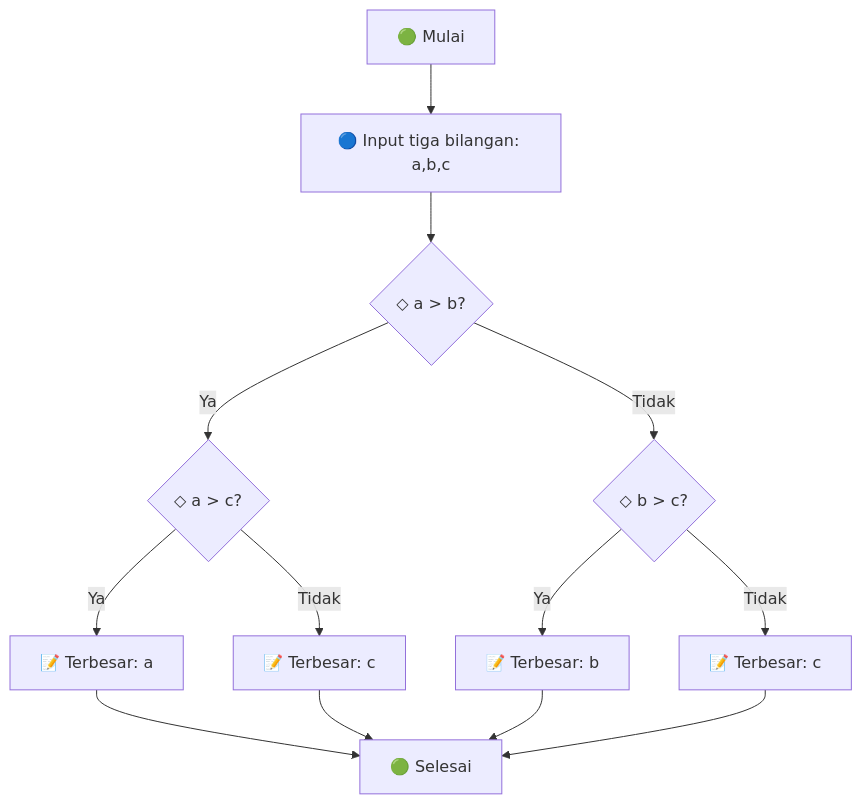
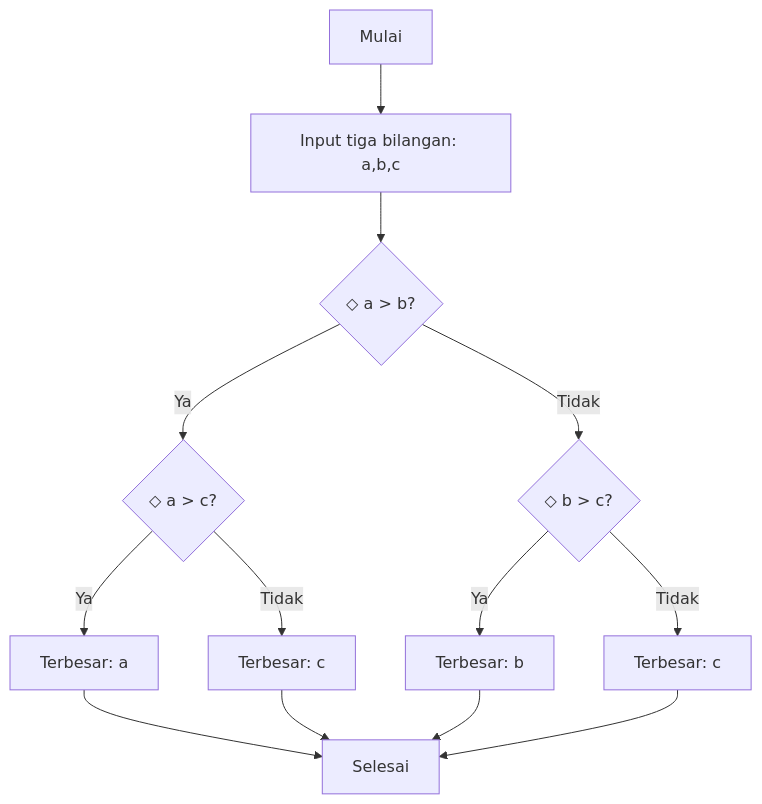
The third of 7 diagrams in Semester 1 2025/10 RPL D.Kej 2/08. flowchart.md (Elka1106/Kartika), drawn with Mermaid before and after one commit. The commit also changed other lines of this file, not shown here.

Commit message:
Update 08. flowchart.md

````diff
--- a/Semester 1 2025/10 RPL D.Kej 2/08. flowchart.md
+++ b/Semester 1 2025/10 RPL D.Kej 2/08. flowchart.md
@@ -58,15 +58,15 @@
 ```mermaid
 graph TD
-    A[🟢 Mulai] --> B[🔵 Input tiga bilangan: a,b,c]
+    A[ Mulai] --> B[ Input tiga bilangan: a,b,c]
     B --> C{◇ a > b?}
     C -->|Ya| D{◇ a > c?}
     C -->|Tidak| E{◇ b > c?}
-    D -->|Ya| F[📝 Terbesar: a]
-    D -->|Tidak| G[📝 Terbesar: c]
-    E -->|Ya| H[📝 Terbesar: b]
-    E -->|Tidak| I[📝 Terbesar: c]
-    F --> J[🟢 Selesai]
+    D -->|Ya| F[ Terbesar: a]
+    D -->|Tidak| G[ Terbesar: c]
+    E -->|Ya| H[ Terbesar: b]
+    E -->|Tidak| I[ Terbesar: c]
+    F --> J[ Selesai]
     G --> J
     H --> J
     I --> J
 ```
````
